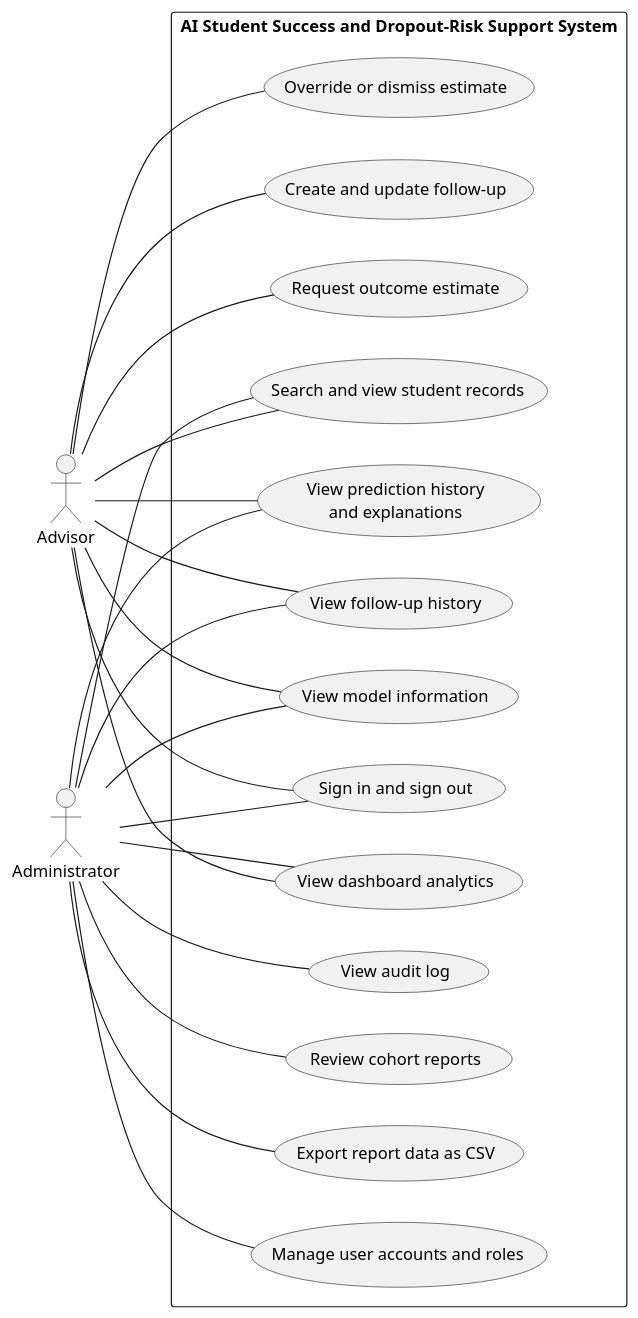
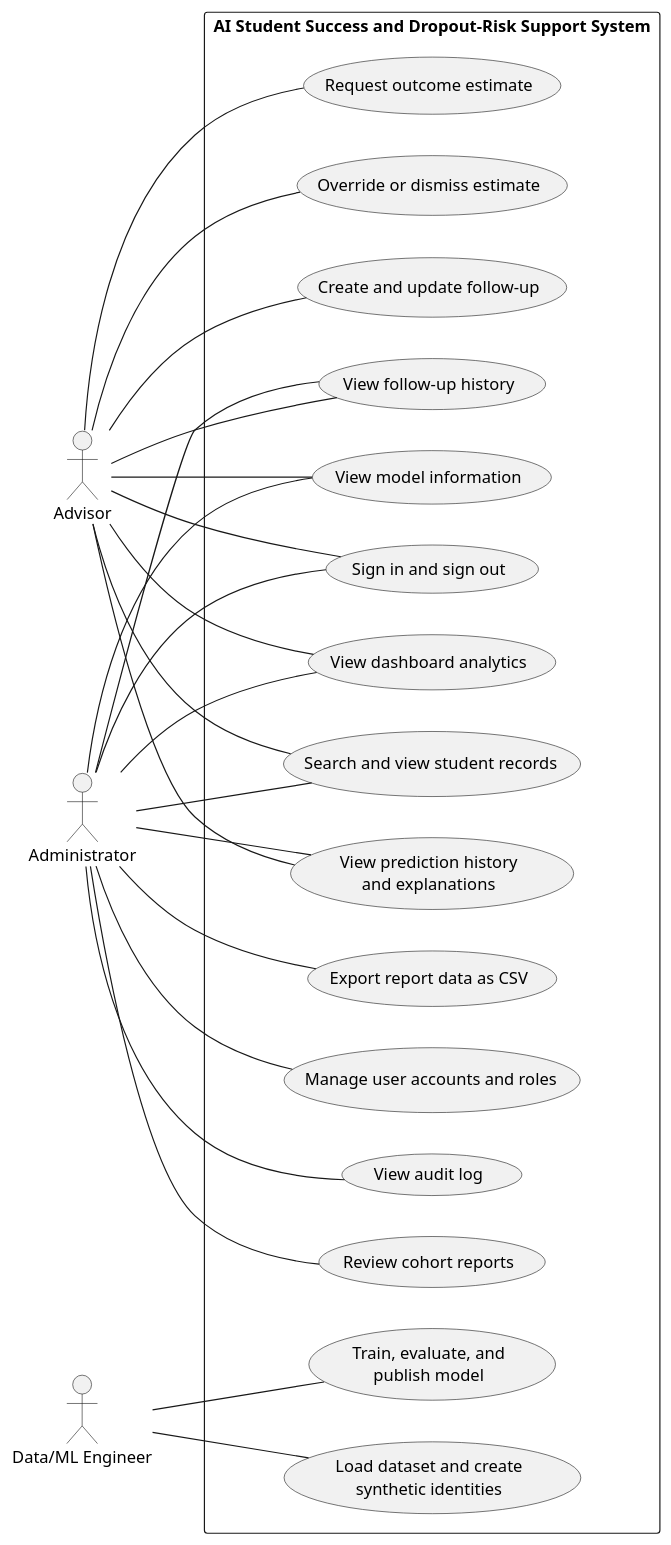
One commit to zeinalmajaly/SE-GP02 changed the diagram in uml/use_case.puml. Above: the diagram before and after it, drawn with PlantUML.

```diff
--- a/uml/use_case.puml
+++ b/uml/use_case.puml
@@ -1,44 +1,51 @@
 @startuml
 
 left to right direction
 
 actor Advisor
 actor Administrator
+actor "Data/ML Engineer" as Engineer
 
 rectangle "AI Student Success and Dropout-Risk Support System" {
   usecase "Sign in and sign out" as Session
   usecase "View dashboard analytics" as Dashboard
   usecase "Search and view student records" as Records
   usecase "View prediction history\nand explanations" as History
   usecase "View follow-up history" as FollowHistory
   usecase "View model information" as Model
   usecase "Request outcome estimate" as Predict
   usecase "Override or dismiss estimate" as Override
   usecase "Create and update follow-up" as FollowUp
   usecase "Review cohort reports" as Reports
   usecase "Export report data as CSV" as Export
   usecase "Manage user accounts and roles" as Accounts
   usecase "View audit log" as Audit
+    usecase "Load dataset and create\nsynthetic identities" as LoadData
+  usecase "Train, evaluate, and\npublish model" as PublishModel
 }
 
 Advisor -- Session
 Advisor -- Dashboard
 Advisor -- Records
 Advisor -- History
 Advisor -- FollowHistory
 Advisor -- Model
 Advisor -- Predict
 Advisor -- Override
 Advisor -- FollowUp
 
 Administrator -- Session
 Administrator -- Dashboard
 Administrator -- Records
 Administrator -- History
 Administrator -- FollowHistory
 Administrator -- Model
 Administrator -- Reports
-Administrator -- Export
+Administrator -- Export 
+
+
 Administrator -- Accounts
 Administrator -- Audit
+Engineer -- LoadData
+Engineer -- PublishModel
 @enduml
```
